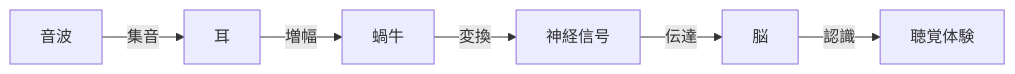
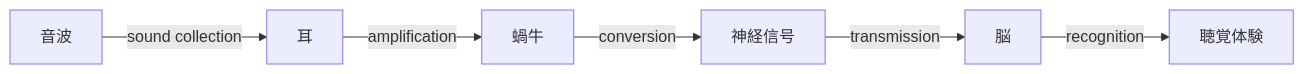
Before and after one commit to monumental-movement/monumental-movement.github.io: the second of 2 diagrams in en/_posts/2025-10-13-Column-Hearing-Health.md, drawn with Mermaid. The commit also changed 152 other files, not shown here.

```diff
--- a/en/_posts/2025-10-13-Column-Hearing-Health.md
+++ b/en/_posts/2025-10-13-Column-Hearing-Health.md
@@ -119,10 +119,10 @@
 <div class="mermaid">
 
 flowchart LR
-  音波 -->|集音| 耳
-  耳 -->|増幅| 蝸牛
-  蝸牛 -->|変換| 神経信号
-  神経信号 -->|伝達| 脳
-  脳 -->|認識| 聴覚体験
+  音波 -->|sound collection| 耳
+  耳 -->|amplification| 蝸牛
+  蝸牛 -->|conversion| 神経信号
+  神経信号 -->|transmission| 脳
+  脳 -->|recognition| 聴覚体験
 
 </div>
```
